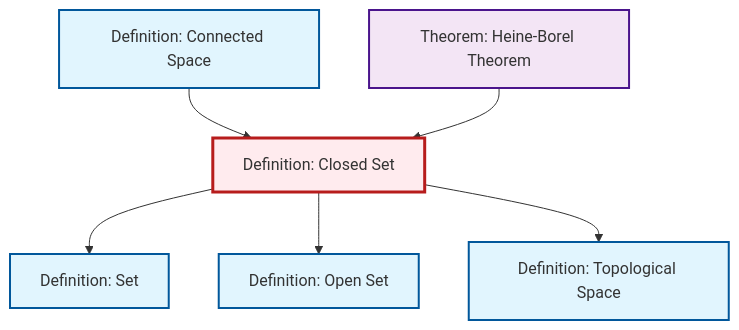
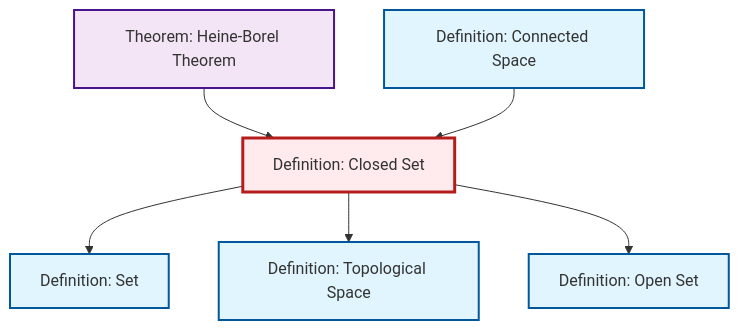
One commit to RK0429/ModernMath changed the diagram in content/en/topology/def-closed-set.qmd. Above: the diagram before and after it, drawn with Mermaid. The commit also changed other lines of this file and 417 other files, not shown here.

````diff
--- a/content/en/topology/def-closed-set.qmd
+++ b/content/en/topology/def-closed-set.qmd
@@ -44,26 +44,26 @@
 ```{mermaid}
 %%| fig-cap: "Local dependency graph"
 graph TD
     classDef definition fill:#e1f5fe,stroke:#01579b,stroke-width:2px
     classDef theorem fill:#f3e5f5,stroke:#4a148c,stroke-width:2px
     classDef axiom fill:#fff3e0,stroke:#e65100,stroke-width:2px
     classDef example fill:#e8f5e9,stroke:#1b5e20,stroke-width:2px
     classDef current fill:#ffebee,stroke:#b71c1c,stroke-width:3px
-    def-set["Definition: Set"]:::definition
     def-topological-space["Definition: Topological Space"]:::definition
     def-open-set["Definition: Open Set"]:::definition
+    def-connected["Definition: Connected Space"]:::definition
     def-closed-set["Definition: Closed Set"]:::definition
-    def-connected["Definition: Connected Space"]:::definition
+    def-set["Definition: Set"]:::definition
     thm-heine-borel["Theorem: Heine-Borel Theorem"]:::theorem
     def-closed-set --> def-set
-    def-closed-set --> def-open-set
-    def-connected --> def-closed-set
     thm-heine-borel --> def-closed-set
     def-closed-set --> def-topological-space
+    def-connected --> def-closed-set
+    def-closed-set --> def-open-set
     class def-closed-set current
-    click def-set "def-set.html" "Go to Set definition"
     click def-topological-space "def-topological-space.html" "Go to Topological Space definition"
     click def-open-set "def-open-set.html" "Go to Open Set definition"
     click def-connected "def-connected.html" "Go to Connected Space definition"
+    click def-set "def-set.html" "Go to Set definition"
     click thm-heine-borel "thm-heine-borel.html" "Go to Heine-Borel Theorem theorem"
 ```
````
